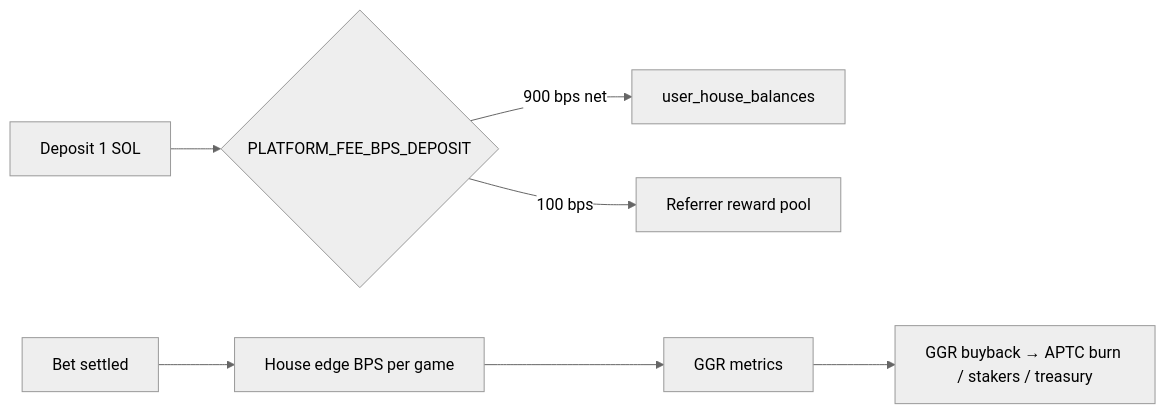
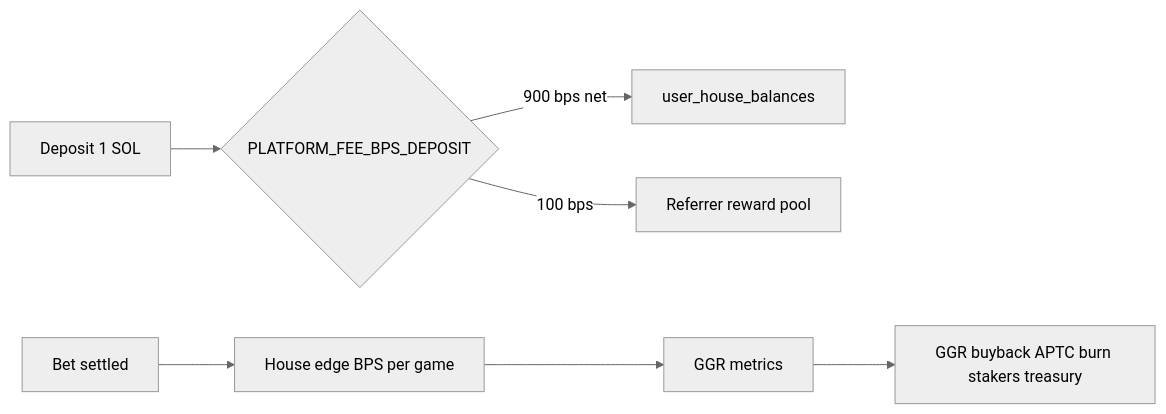
One commit to AmaanSayyad/apt-casino changed the third of 6 diagrams in liquidity.md. Above: the diagram before and after it, drawn with Mermaid (neutral theme). The commit also changed other lines of this file and 5 other files, not shown here.

First line of the commit message:
docs: fix Mermaid diagrams for GitHub rendering

````diff
--- a/liquidity.md
+++ b/liquidity.md
@@ -69,9 +68,9 @@
 ```mermaid
 flowchart LR
     DEP[Deposit 1 SOL] --> FEE{PLATFORM_FEE_BPS_DEPOSIT}
     FEE -->|900 bps net| BAL[user_house_balances]
     FEE -->|100 bps| REF[Referrer reward pool]
     BET[Bet settled] --> EDGE[House edge BPS per game]
     EDGE --> GGR[GGR metrics]
-    GGR --> BB[GGR buyback → APTC burn / stakers / treasury]
+    GGR --> BB["GGR buyback APTC burn stakers treasury"]
 ```
````
